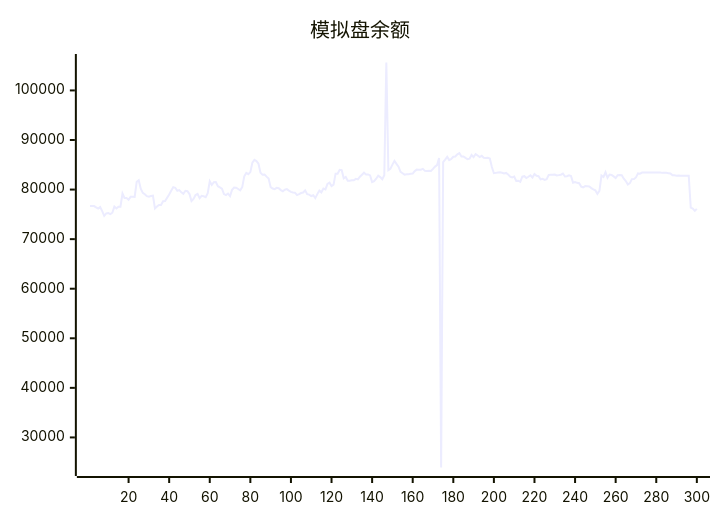
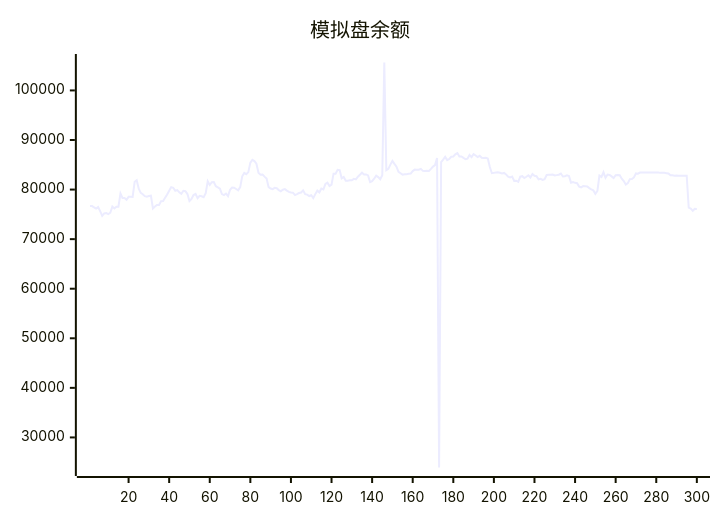
One commit to aahl/ai-trading changed the diagram in README.md. Above: the diagram before and after it, drawn with Mermaid. The commit also changed other lines of this file and 1 other file, not shown here.

````diff
--- a/README.md
+++ b/README.md
@@ -5,5 +5,5 @@
 ```mermaid
 xychart
     title "模拟盘余额"
-    line [76678,76677,76672,76411,76159,76485,75656,74695,75197,75246,75052,75334,76564,76179,76553,76551,79196,78300,78300,77944,78531,78531,78521,81564,81884,80160,79335,79055,78675,78580,78708,78764,76179,76586,76902,76876,77658,77669,78346,79023,79769,80497,80366,79761,79896,79448,79126,79749,79658,79097,77695,78114,78888,79126,78249,78738,78653,78478,79271,81680,80923,81488,81527,80681,80455,80190,79084,78879,79193,78686,79954,80403,80374,80118,79848,80491,82665,83351,83098,83525,85430,85983,85737,85221,83378,83014,83043,82613,82216,80477,80208,80081,80348,80277,79894,79670,79965,80093,79786,79542,79406,79371,78893,79087,79304,79406,79841,79072,78978,78696,78846,78272,79085,79787,79442,80198,80031,81120,81379,80718,80985,83214,83212,83993,83921,82270,82547,81776,81776,81866,81866,82158,82061,82596,83000,83408,83041,83050,82858,81503,81691,82188,82812,82517,82092,82901,105633,83898,84180,85030,85781,85178,84604,83569,83298,83008,83093,83107,83175,83228,83729,84025,84017,84019,84177,83775,83762,83785,83738,84160,84639,84939,86370,23934,85548,86046,86599,85942,86161,86622,86664,87115,87369,86666,86685,86384,86152,86243,86969,86548,87164,86885,86566,86809,86427,86348,86417,86273,84538,83299,83369,83430,83490,83404,83270,83362,83056,82605,82459,82614,81734,81788,81551,82598,82702,82320,82580,82878,82426,83139,82778,82686,82056,82166,81963,82110,82951,82983,82984,83038,82838,82915,82998,83235,82642,82682,82858,82746,81396,81512,81362,81277,80600,80461,80699,80673,80616,80288,80038,79836,79142,79722,82837,82533,83480,82366,83032,82960,82654,82330,82883,82934,82901,82188,81728,81005,81298,82110,82135,82449,83264,83203,83440,83439,83440,83440,83446,83447,83448,83447,83448,83449,83369,83369,83369,83313,83256,82872,82873,82801,82844,82785,82791,82791,82793,82794,76339,76145,75714,76110]
+    line [76677,76672,76411,76159,76485,75656,74695,75197,75246,75052,75334,76564,76179,76553,76551,79196,78300,78300,77944,78531,78531,78521,81564,81884,80160,79335,79055,78675,78580,78708,78764,76179,76586,76902,76876,77658,77669,78346,79023,79769,80497,80366,79761,79896,79448,79126,79749,79658,79097,77695,78114,78888,79126,78249,78738,78653,78478,79271,81680,80923,81488,81527,80681,80455,80190,79084,78879,79193,78686,79954,80403,80374,80118,79848,80491,82665,83351,83098,83525,85430,85983,85737,85221,83378,83014,83043,82613,82216,80477,80208,80081,80348,80277,79894,79670,79965,80093,79786,79542,79406,79371,78893,79087,79304,79406,79841,79072,78978,78696,78846,78272,79085,79787,79442,80198,80031,81120,81379,80718,80985,83214,83212,83993,83921,82270,82547,81776,81776,81866,81866,82158,82061,82596,83000,83408,83041,83050,82858,81503,81691,82188,82812,82517,82092,82901,105633,83898,84180,85030,85781,85178,84604,83569,83298,83008,83093,83107,83175,83228,83729,84025,84017,84019,84177,83775,83762,83785,83738,84160,84639,84939,86370,23934,85548,86046,86599,85942,86161,86622,86664,87115,87369,86666,86685,86384,86152,86243,86969,86548,87164,86885,86566,86809,86427,86348,86417,86273,84538,83299,83369,83430,83490,83404,83270,83362,83056,82605,82459,82614,81734,81788,81551,82598,82702,82320,82580,82878,82426,83139,82778,82686,82056,82166,81963,82110,82951,82983,82984,83038,82838,82915,82998,83235,82642,82682,82858,82746,81396,81512,81362,81277,80600,80461,80699,80673,80616,80288,80038,79836,79142,79722,82837,82533,83480,82366,83032,82960,82654,82330,82883,82934,82901,82188,81728,81005,81298,82110,82135,82449,83264,83203,83440,83439,83440,83440,83446,83447,83448,83447,83448,83449,83369,83369,83369,83313,83256,82872,82873,82801,82844,82785,82791,82791,82793,82794,76339,76145,75714,76110,76096]
 ```
````
